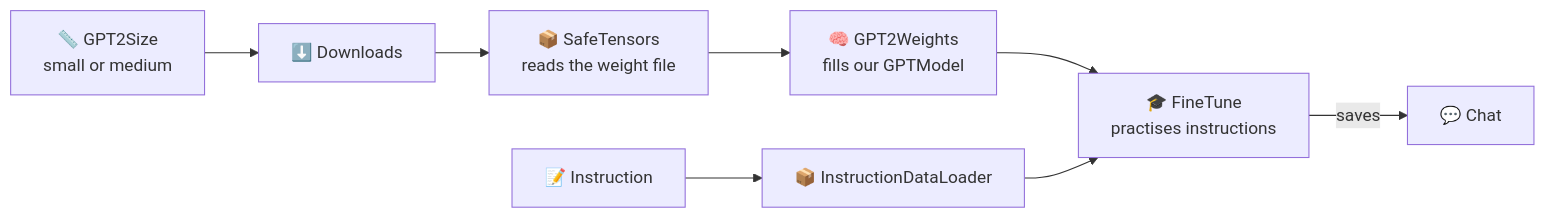
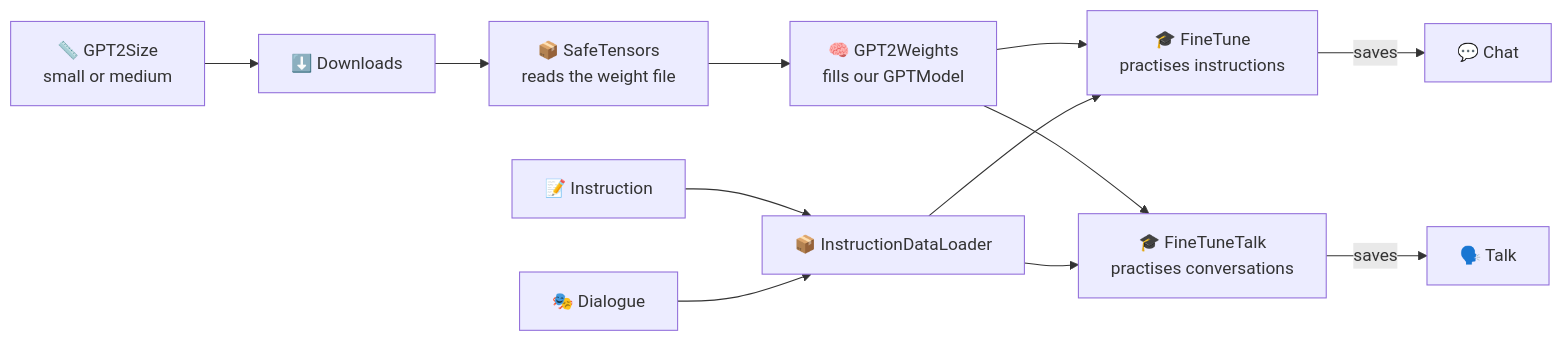
Before and after one commit to Ranjeet0611/tinygpt: the first of 12 diagrams in docs/classes/9-chat.md, drawn with Mermaid. The commit also changed other lines of this file and 78 other files, not shown here.

````diff
--- a/docs/classes/9-chat.md
+++ b/docs/classes/9-chat.md
@@ -5,10 +5,14 @@
 ```mermaid
 flowchart LR
     Z["📏 GPT2Size<br/>small or medium"] --> D
     D["⬇️ Downloads"] --> S["📦 SafeTensors<br/>reads the weight file"]
     S --> W["🧠 GPT2Weights<br/>fills our GPTModel"]
     W --> F["🎓 FineTune<br/>practises instructions"]
     I["📝 Instruction"] --> L["📦 InstructionDataLoader"]
     L --> F
     F -->|"saves"| C["💬 Chat"]
+    W --> FT["🎓 FineTuneTalk<br/>practises conversations"]
+    DL["🎭 Dialogue"] --> L
+    L --> FT
+    FT -->|"saves"| T["🗣️ Talk"]
 ```
````
